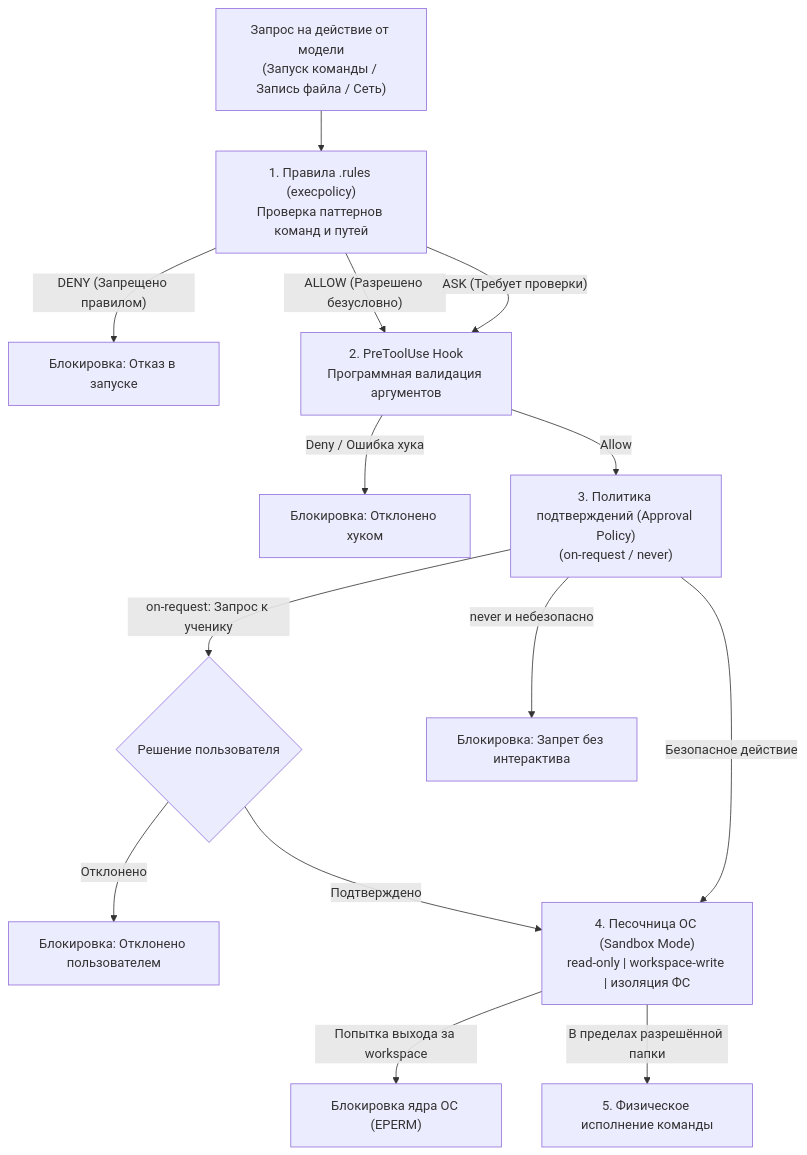
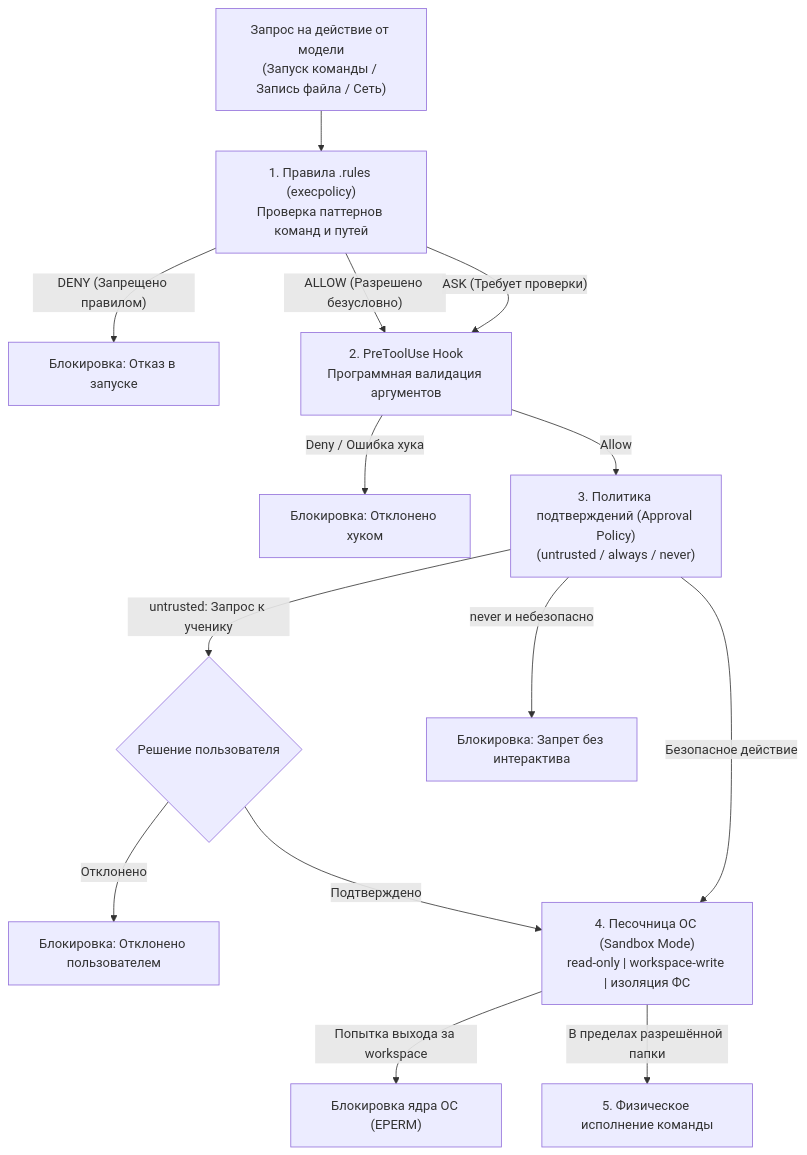
One commit to RuslanGrigorev/codex-howto changed the diagram in reference/diagrams/D07.mmd. Above: the diagram before and after it, drawn with Mermaid. The commit also changed 32 other files, not shown here.

Commit message:
fix: resolve editorial blockers, align 18-key config, unify approval policy and restore search

```diff
--- a/reference/diagrams/D07.mmd
+++ b/reference/diagrams/D07.mmd
@@ -1,19 +1,19 @@
 flowchart TD
     Req["Запрос на действие от модели\n(Запуск команды / Запись файла / Сеть)"] --> Rules["1. Правила .rules (execpolicy)\nПроверка паттернов команд и путей"]
     
     Rules -- "DENY (Запрещено правилом)" --> Block1["Блокировка: Отказ в запуске"]
     Rules -- "ALLOW (Разрешено безусловно)" --> Hook
     Rules -- "ASK (Требует проверки)" --> Hook["2. PreToolUse Hook\nПрограммная валидация аргументов"]
     
     Hook -- "Deny / Ошибка хука" --> Block2["Блокировка: Отклонено хуком"]
-    Hook -- "Allow" --> Approval["3. Политика подтверждений (Approval Policy)\n(on-request / never)"]
+    Hook -- "Allow" --> Approval["3. Политика подтверждений (Approval Policy)\n(untrusted / always / never)"]
     
-    Approval -- "on-request: Запрос к ученику" --> UserPrompt{"Решение пользователя"}
+    Approval -- "untrusted: Запрос к ученику" --> UserPrompt{"Решение пользователя"}
     UserPrompt -- "Отклонено" --> Block3["Блокировка: Отклонено пользователем"]
     UserPrompt -- "Подтверждено" --> Sandbox
     Approval -- "never и небезопасно" --> Block4["Блокировка: Запрет без интерактива"]
     
     Approval -- "Безопасное действие" --> Sandbox["4. Песочница ОС (Sandbox Mode)\nread-only | workspace-write | изоляция ФС"]
     
     Sandbox -- "Попытка выхода за workspace" --> Block5["Блокировка ядра ОС (EPERM)"]
     Sandbox -- "В пределах разрешённой папки" --> Exec["5. Физическое исполнение команды"]
```
